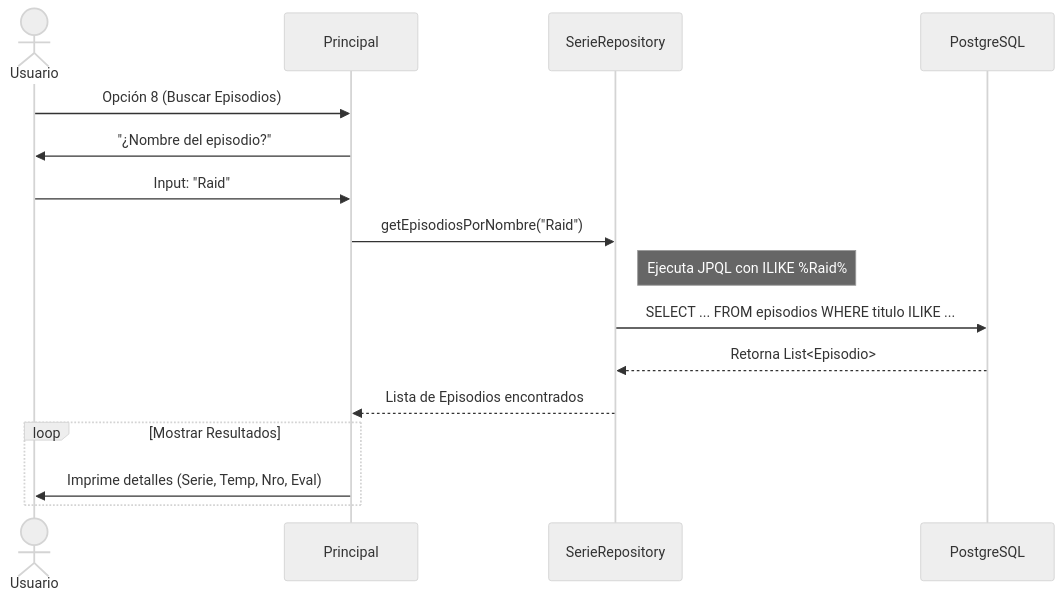
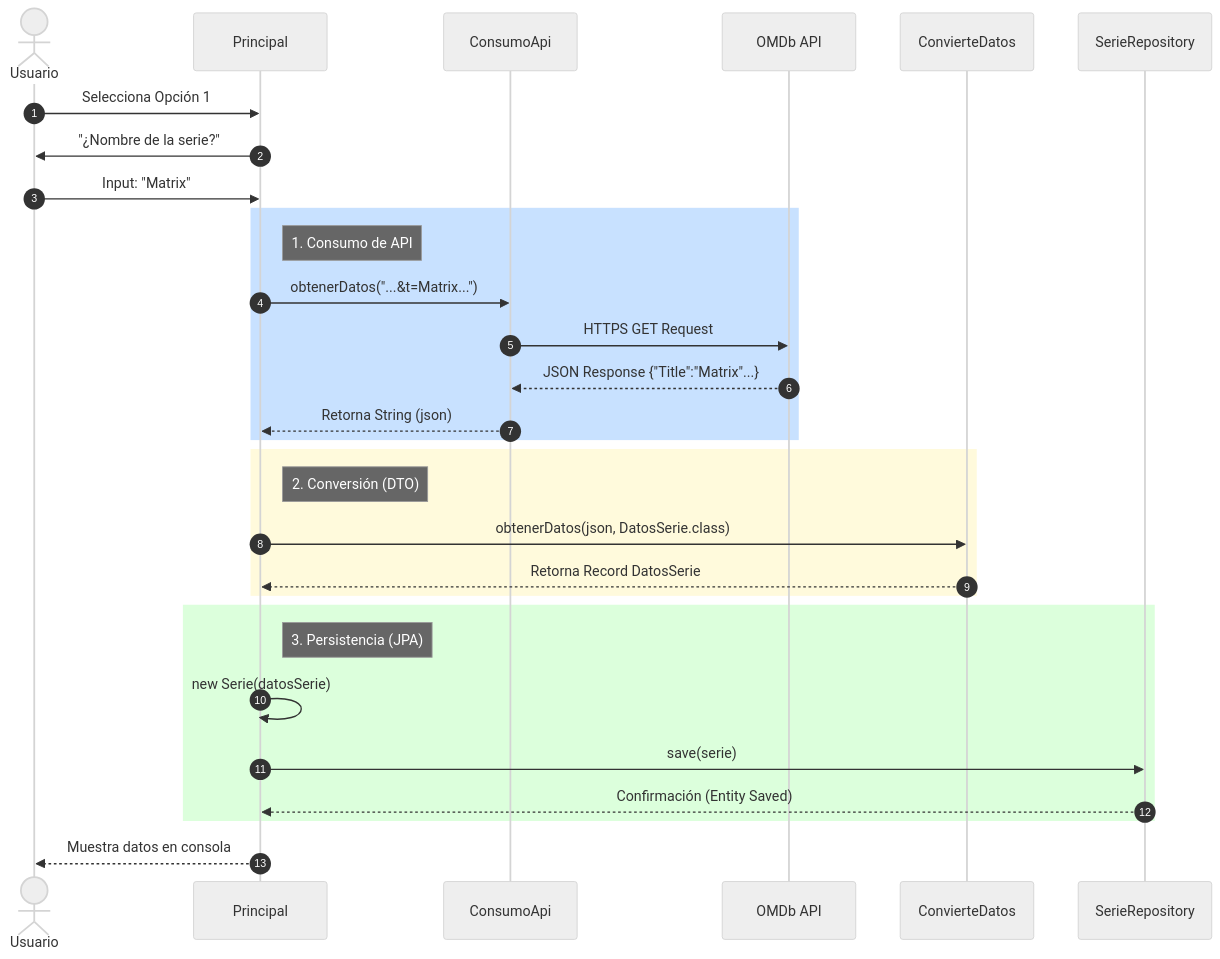
One commit to yamilrafart2/ScreenMatchApplicationBackend changed the third of 3 diagrams in README.md. Above: the diagram before and after it, drawn with Mermaid (neutral theme). The commit also changed other lines of this file, not shown here.

Commit message:
Actualiza README.md cambia el Diagrama de Secuancia al de la opción 1 del menú

````diff
--- a/README.md
+++ b/README.md
@@ -171,19 +171,37 @@
 ```mermaid
 sequenceDiagram
-    actor Usuario
-    participant Menu as Principal
+    autonumber
+    actor User as Usuario
+    participant Main as Principal
+    participant Api as ConsumoApi
+    participant OMDb as OMDb API
+    participant Json as ConvierteDatos
     participant DB as SerieRepository
-    participant SQL as PostgreSQL
 
-    Usuario->>Menu: Opción 8 (Buscar Episodios)
-    Menu->>Usuario: "¿Nombre del episodio?"
-    Usuario->>Menu: Input: "Raid"
-    Menu->>DB: getEpisodiosPorNombre("Raid")
-    Note right of DB: Ejecuta JPQL con ILIKE %Raid%
-    DB->>SQL: SELECT ... FROM episodios WHERE titulo ILIKE ...
-    SQL-->>DB: Retorna List<Episodio>
-    DB-->>Menu: Lista de Episodios encontrados
-    loop Mostrar Resultados
-        Menu->>Usuario: Imprime detalles (Serie, Temp, Nro, Eval)
+    User->>Main: Selecciona Opción 1
+    Main->>User: "¿Nombre de la serie?"
+    User->>Main: Input: "Matrix"
+
+    rect rgb(200, 225, 255)
+    Note right of Main: 1. Consumo de API
+    Main->>Api: obtenerDatos("...&t=Matrix...")
+    Api->>OMDb: HTTPS GET Request
+    OMDb-->>Api: JSON Response {"Title":"Matrix"...}
+    Api-->>Main: Retorna String (json)
     end
+
+    rect rgb(255, 250, 220)
+    Note right of Main: 2. Conversión (DTO)
+    Main->>Json: obtenerDatos(json, DatosSerie.class)
+    Json-->>Main: Retorna Record DatosSerie
+    end
+
+    rect rgb(220, 255, 220)
+    Note right of Main: 3. Persistencia (JPA)
+    Main->>Main: new Serie(datosSerie)
+    Main->>DB: save(serie)
+    DB-->>Main: Confirmación (Entity Saved)
+    end
+
+    Main-->>User: Muestra datos en consola
 ```
````
